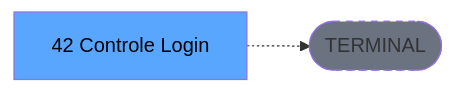
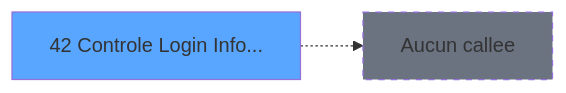
One commit to thonyAGP/magic-migration changed the third of 3 diagrams in .openspec/specs/ADH-IDE-42.md. Above: the diagram before and after it, drawn with Mermaid. The commit also changed other lines of this file and 311 other files, not shown here.

````diff
--- a/.openspec/specs/ADH-IDE-42.md
+++ b/.openspec/specs/ADH-IDE-42.md
@@ -138,8 +185,8 @@
 ```mermaid
 graph LR
-    T[42 Controle Login ]
-    TERM([TERMINAL])
-    T -.-> TERM
-    style TERM fill:#6b7280,stroke-dasharray: 5 5
-    style T fill:#58a6ff,color:#000
+    T42[42 Controle Login Info...]
+    style T42 fill:#58a6ff
+    NONE[Aucun callee]
+    T42 -.-> NONE
+    style NONE fill:#6b7280,stroke-dasharray: 5 5
 ```
````
